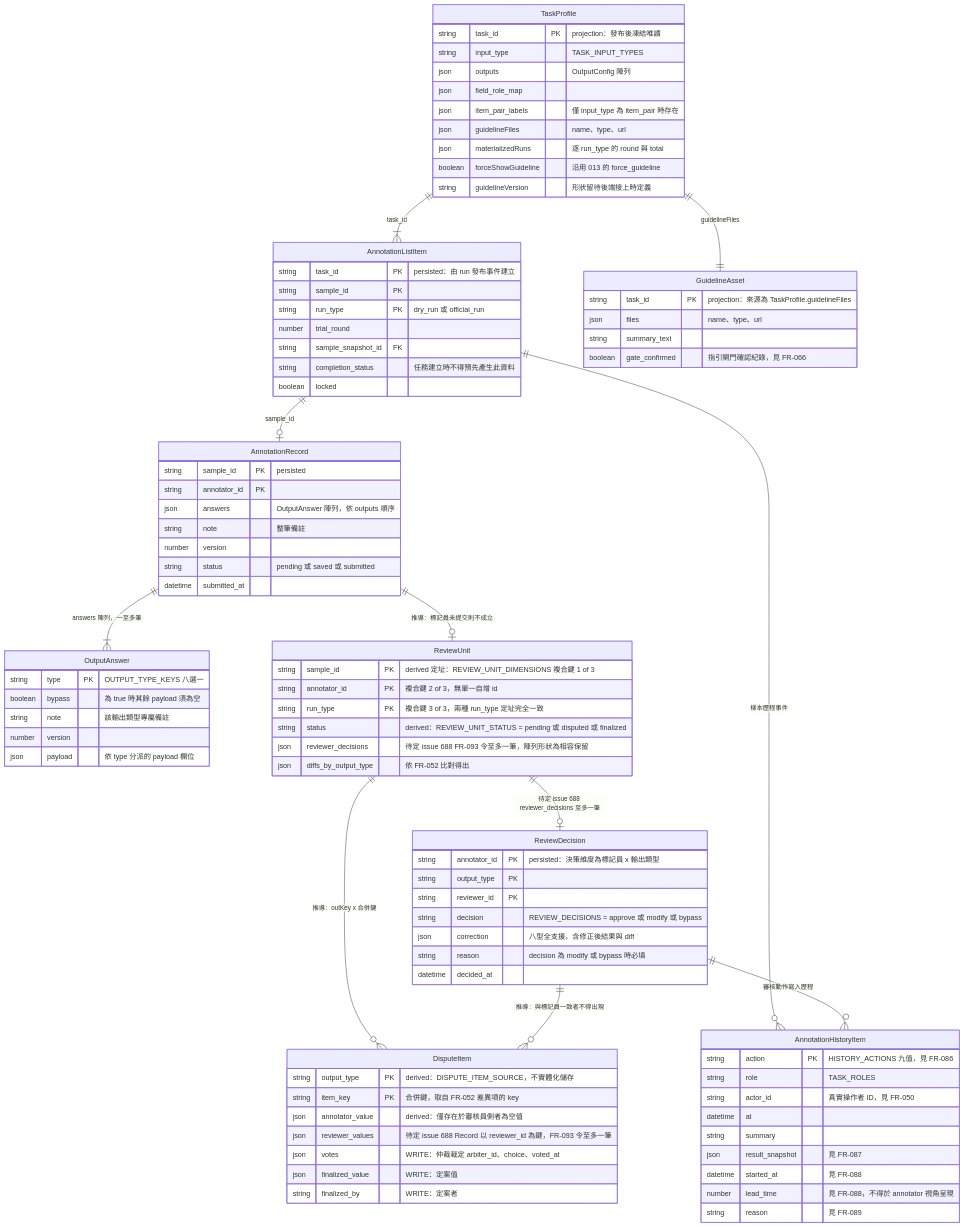
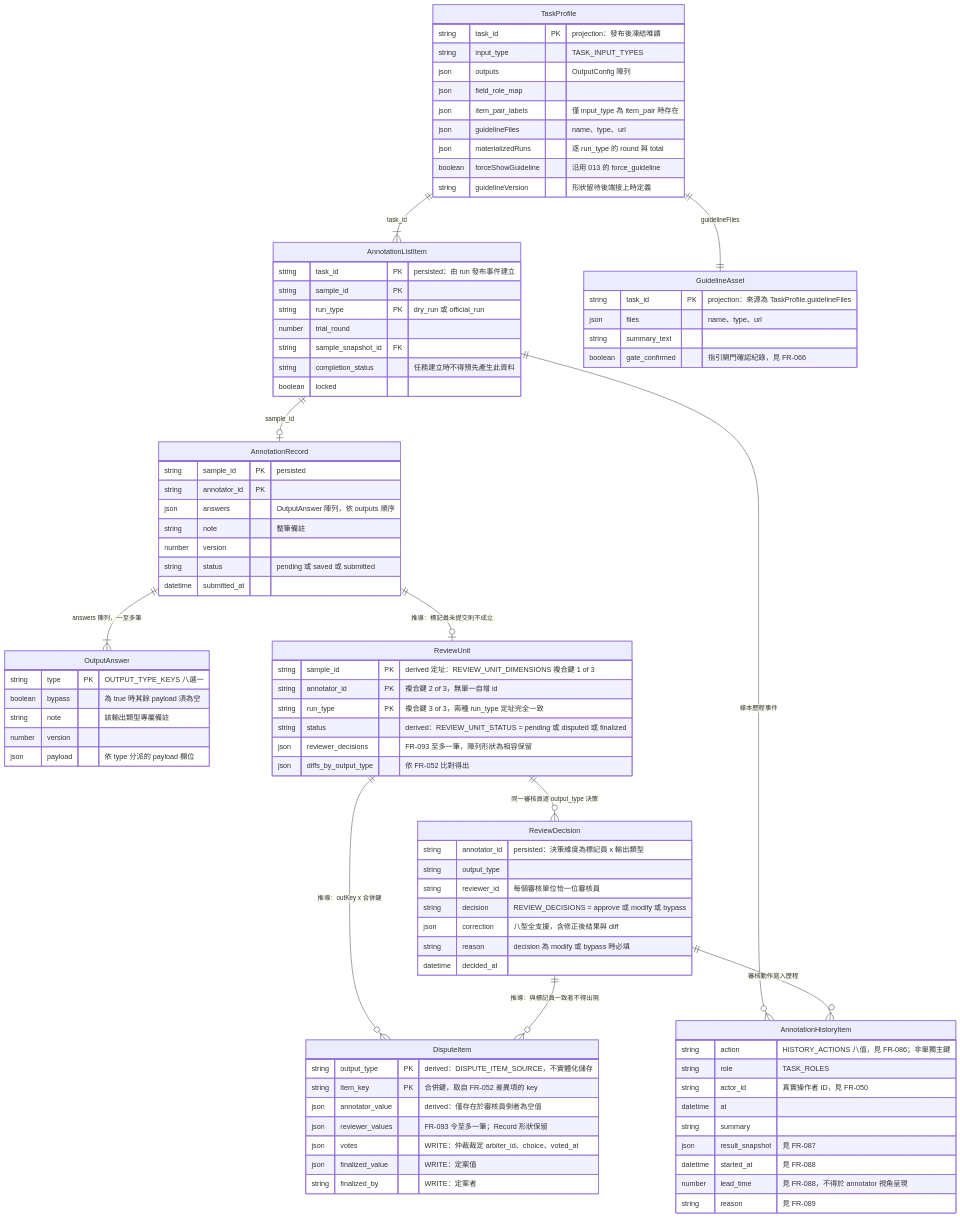
Before and after one commit to singyichen/label-suite: the fourth of 6 diagrams in docs/diagrams/architecture/core-data-model-er.md, drawn with Mermaid. The commit also changed other lines of this file and 6 other files, not shown here.

```diff
--- a/docs/diagrams/architecture/core-data-model-er.md
+++ b/docs/diagrams/architecture/core-data-model-er.md
@@ -328,9 +327,9 @@
         json payload "依 type 分派的 payload 欄位"
     }
     ReviewDecision {
-        string annotator_id PK "persisted：決策維度為標記員 x 輸出類型"
-        string output_type PK
-        string reviewer_id PK
+        string annotator_id "persisted：決策維度為標記員 x 輸出類型"
+        string output_type
+        string reviewer_id "每個審核單位恰一位審核員"
         string decision "REVIEW_DECISIONS = approve 或 modify 或 bypass"
         json correction "八型全支援，含修正後結果與 diff"
         string reason "decision 為 modify 或 bypass 時必填"
@@ -341,20 +340,20 @@
         string annotator_id PK "複合鍵 2 of 3，無單一自增 id"
         string run_type PK "複合鍵 3 of 3，兩種 run_type 定址完全一致"
         string status "derived：REVIEW_UNIT_STATUS = pending 或 disputed 或 finalized"
-        json reviewer_decisions "待定 issue 688 FR-093 令至多一筆，陣列形狀為相容保留"
+        json reviewer_decisions "FR-093 至多一筆，陣列形狀為相容保留"
         json diffs_by_output_type "依 FR-052 比對得出"
     }
     DisputeItem {
         string output_type PK "derived：DISPUTE_ITEM_SOURCE，不實體化儲存"
         string item_key PK "合併鍵，取自 FR-052 差異項的 key"
         json annotator_value "derived：僅存在於審核員側者為空值"
-        json reviewer_values "待定 issue 688 Record 以 reviewer_id 為鍵，FR-093 令至多一筆"
+        json reviewer_values "FR-093 令至多一筆；Record 形狀保留"
         json votes "WRITE：仲裁裁定 arbiter_id、choice、voted_at"
         json finalized_value "WRITE：定案值"
         string finalized_by "WRITE：定案者"
     }
     AnnotationHistoryItem {
-        string action PK "HISTORY_ACTIONS 九值，見 FR-086"
+        string action "HISTORY_ACTIONS 八值，見 FR-086；非單獨主鍵"
         string role "TASK_ROLES"
         string actor_id "真實操作者 ID，見 FR-050"
         datetime at
@@ -377,7 +376,7 @@
     AnnotationListItem ||--o{ AnnotationHistoryItem : "樣本歷程事件"
     AnnotationRecord ||--|{ OutputAnswer : "answers 陣列，一至多筆"
     AnnotationRecord ||--o| ReviewUnit : "推導：標記員未提交則不成立"
-    ReviewUnit ||--o| ReviewDecision : "待定 issue 688 reviewer_decisions 至多一筆"
+    ReviewUnit ||--o{ ReviewDecision : "同一審核員逐 output_type 決策"
     ReviewUnit ||--o{ DisputeItem : "推導：outKey x 合併鍵"
     ReviewDecision ||--o{ DisputeItem : "推導：與標記員一致者不得出現"
     ReviewDecision ||--o{ AnnotationHistoryItem : "審核動作寫入歷程"
```
